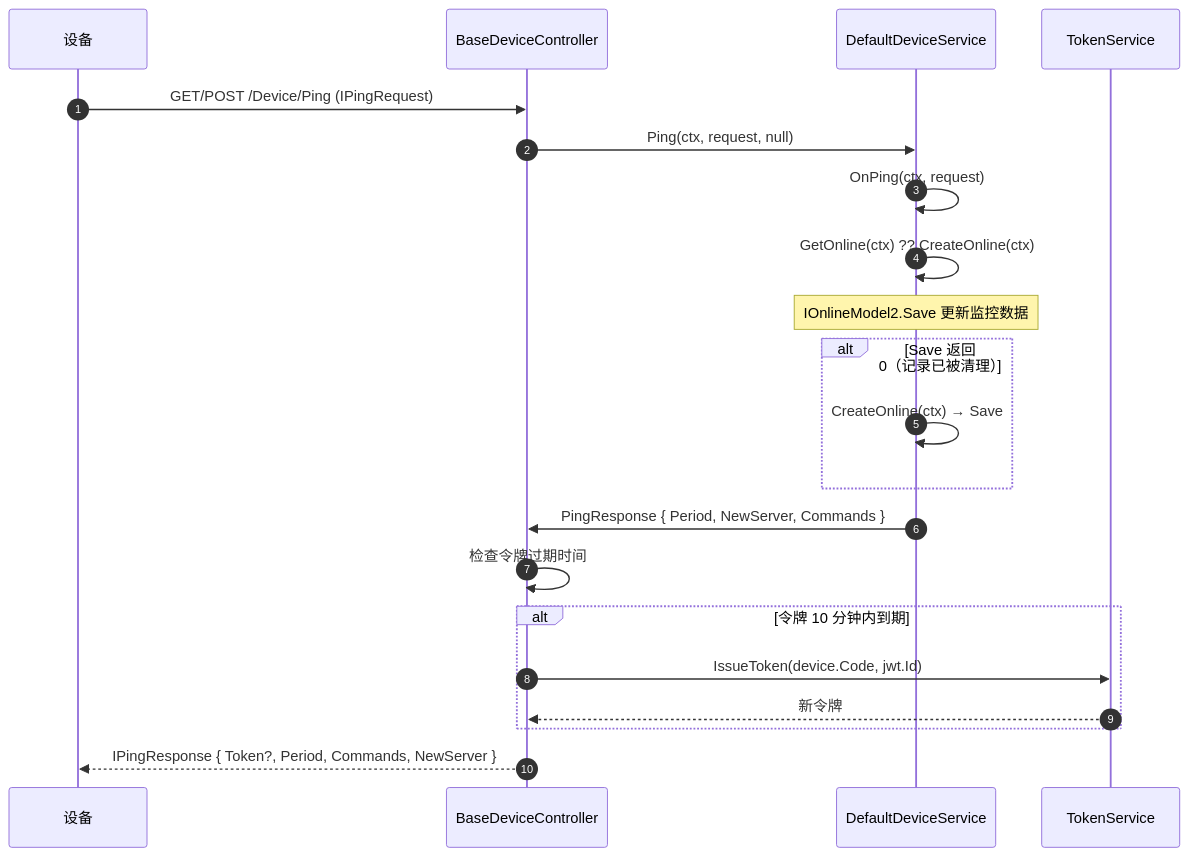
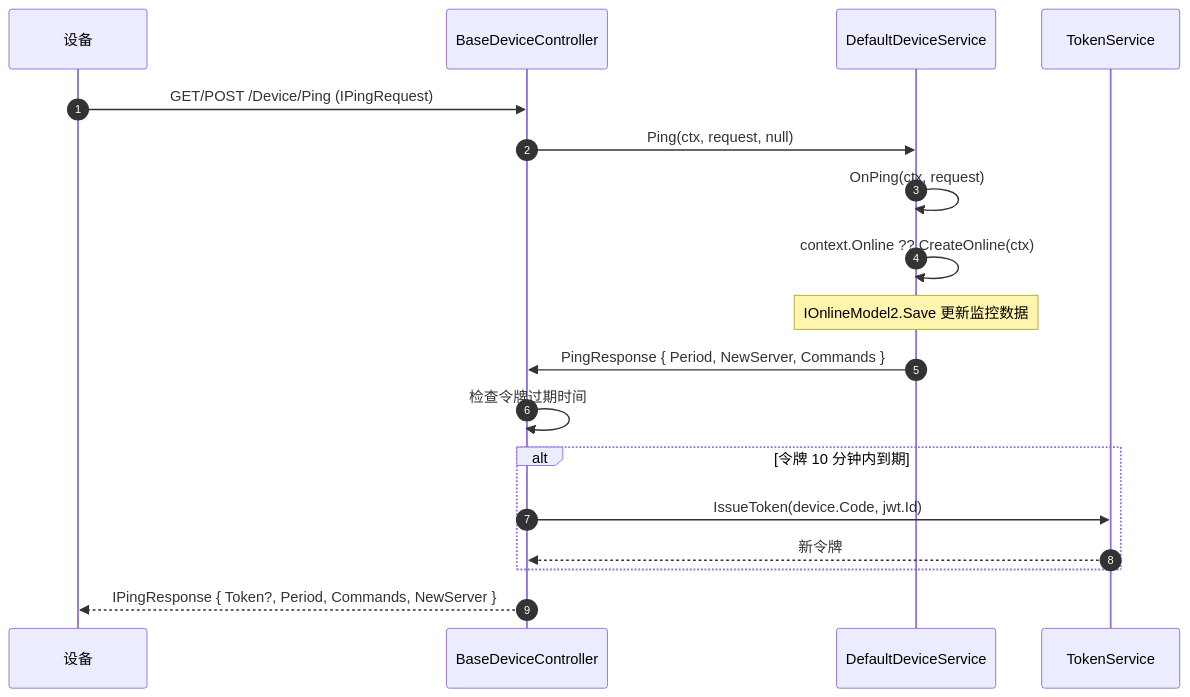
Before and after one commit to NewLifeX/NewLife.Remoting: the sixth of 10 diagrams in Doc/SRV-服务端架构.md, drawn with Mermaid. The commit also changed other lines of this file, not shown here.

First line of the commit message:
优化注销与心跳流程时序及状态图逻辑

````diff
--- a/Doc/SRV-服务端架构.md
+++ b/Doc/SRV-服务端架构.md
@@ -190,29 +190,25 @@
 ```mermaid
 sequenceDiagram
     autonumber
     participant D as 设备
     participant BC as BaseDeviceController
     participant Svc as DefaultDeviceService
     participant Token as TokenService
 
     D->>BC: GET/POST /Device/Ping (IPingRequest)
 
     BC->>Svc: Ping(ctx, request, null)
     Svc->>Svc: OnPing(ctx, request)
-    Svc->>Svc: GetOnline(ctx) ?? CreateOnline(ctx)
+    Svc->>Svc: context.Online ?? CreateOnline(ctx)
     Note over Svc: IOnlineModel2.Save 更新监控数据
-
-    alt Save 返回 0（记录已被清理）
-        Svc->>Svc: CreateOnline(ctx) → Save
-    end
 
     Svc->>BC: PingResponse { Period, NewServer, Commands }
 
     BC->>BC: 检查令牌过期时间
     alt 令牌 10 分钟内到期
         BC->>Token: IssueToken(device.Code, jwt.Id)
         Token-->>BC: 新令牌
     end
 
     BC-->>D: IPingResponse { Token?, Period, Commands, NewServer }
 ```
````
